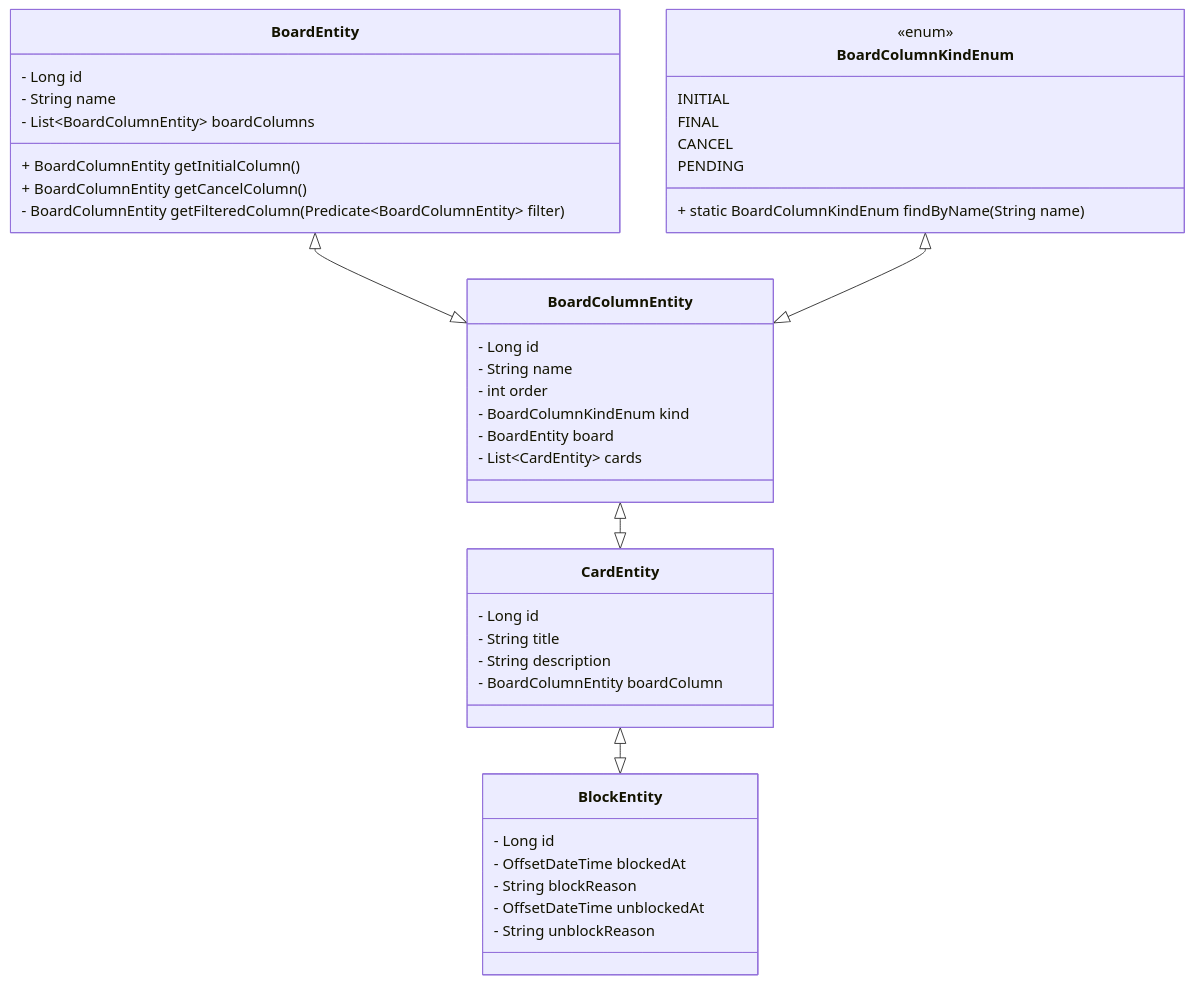
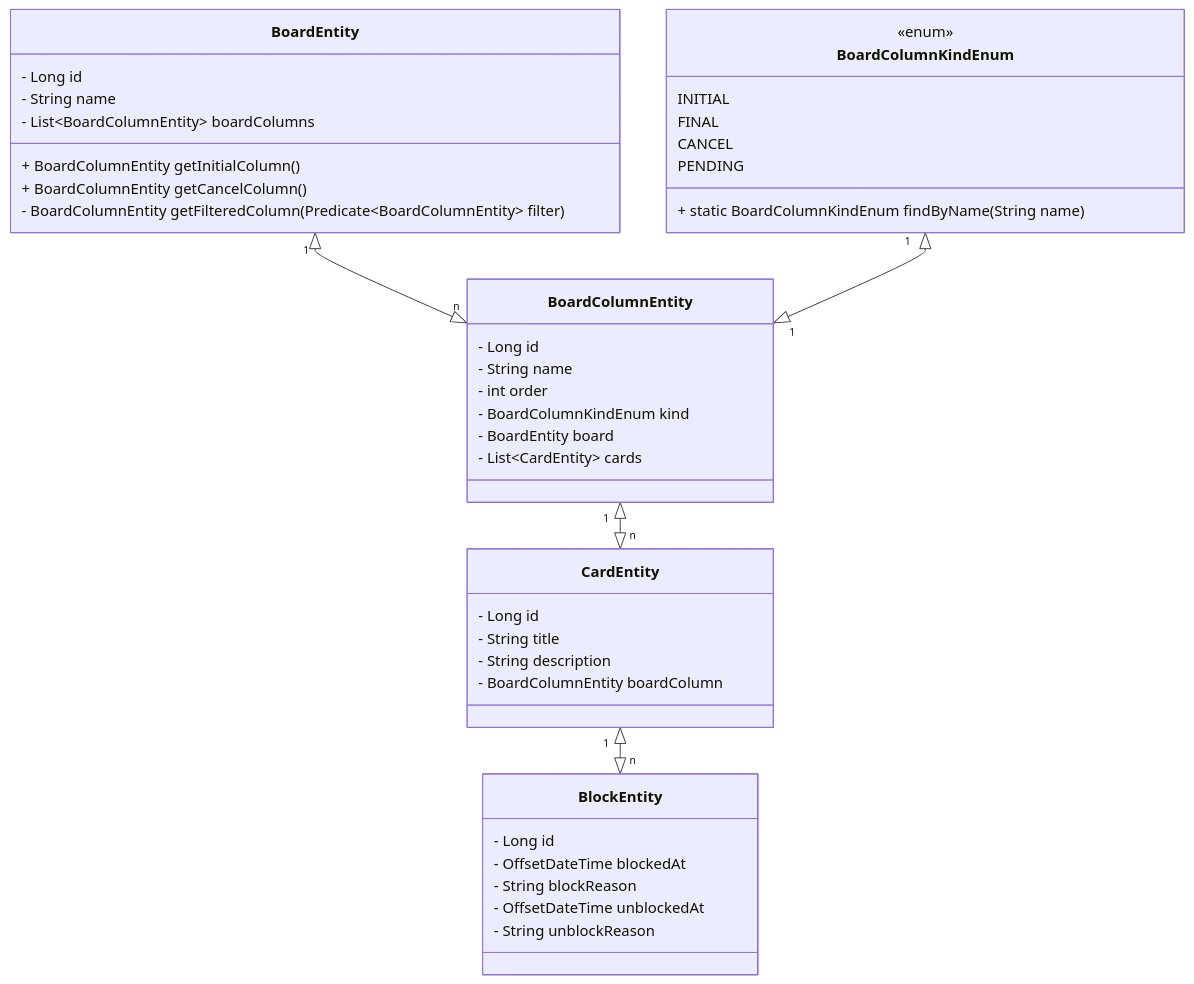
Before and after one commit to gilbertoferrari/dio-santander-2025-Board: the diagram in README.md, drawn with Mermaid.

Commit message:
Update README.md
Add os relacionamentos entre as classes

````diff
--- a/README.md
+++ b/README.md
@@ -5,47 +5,47 @@
 ```mermaid
 classDiagram
-    BoardEntity <|--|> BoardColumnEntity
-    BoardColumnEntity <|--|> CardEntity
-    CardEntity <|--|> BlockEntity
-    BoardColumnKindEnum <|--|> BoardColumnEntity
+    BoardEntity  "1" <|--|> "n" BoardColumnEntity
+    BoardColumnEntity  "1" <|--|> "n" CardEntity
+    CardEntity  "1"<|--|> "n" BlockEntity
+    BoardColumnKindEnum  "1" <|--|>  "1" BoardColumnEntity
     class BoardEntity {
         - Long id
         - String name
         - List~BoardColumnEntity~ boardColumns
         + BoardColumnEntity getInitialColumn()
         + BoardColumnEntity getCancelColumn()
         - BoardColumnEntity getFilteredColumn(Predicate~BoardColumnEntity~ filter)
     }
 
     class BoardColumnEntity {
         - Long id
         - String name
         - int order
         - BoardColumnKindEnum kind
         - BoardEntity board
         - List~CardEntity~ cards
     }
 
     class CardEntity {
         - Long id
         - String title
         - String description
         - BoardColumnEntity boardColumn
     }
     class BlockEntity {
         - Long id
         - OffsetDateTime blockedAt
         - String blockReason
         - OffsetDateTime unblockedAt
         - String unblockReason
     }
 
     class BoardColumnKindEnum {
         <<enum>>
         INITIAL
         FINAL
         CANCEL
         PENDING
         + static BoardColumnKindEnum findByName(String name)
     }
 ```
````
